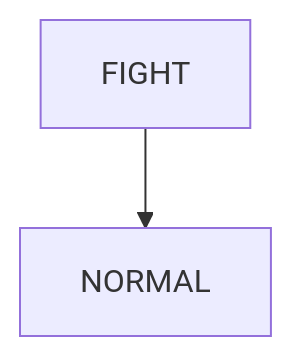
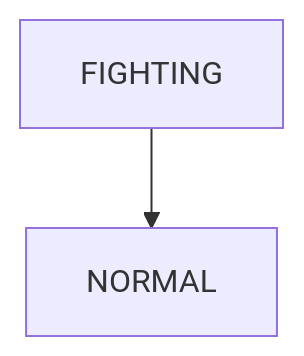
Before and after one commit to cliffano/typhlosion: diagram 13 of 18 in pokemon-type-chart/per-type.md, drawn with Mermaid. The commit also changed other lines of this file and 1 other file, not shown here.

Commit message:
Fix Fighting Pokemon type name.

````diff
--- a/pokemon-type-chart/per-type.md
+++ b/pokemon-type-chart/per-type.md
@@ -137,4 +137,4 @@
 ```mermaid
   graph TD;
-      FIGHT-->NORMAL;
+      FIGHTING-->NORMAL;
 ```
````
